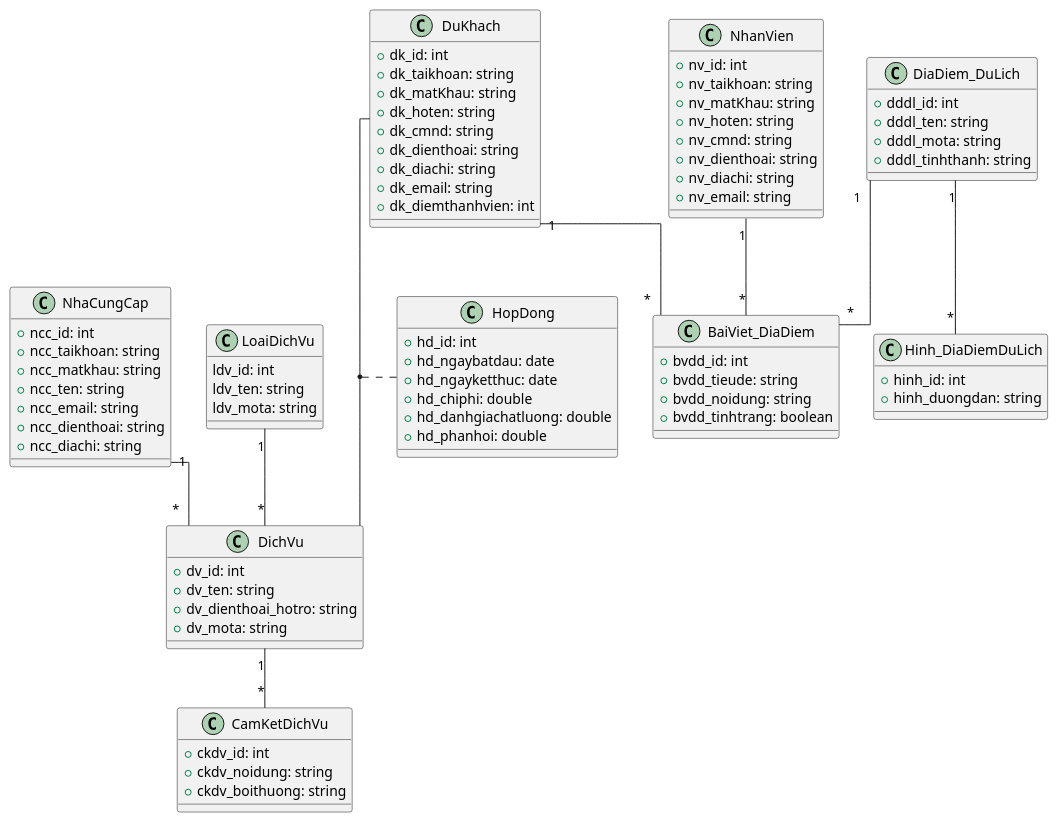
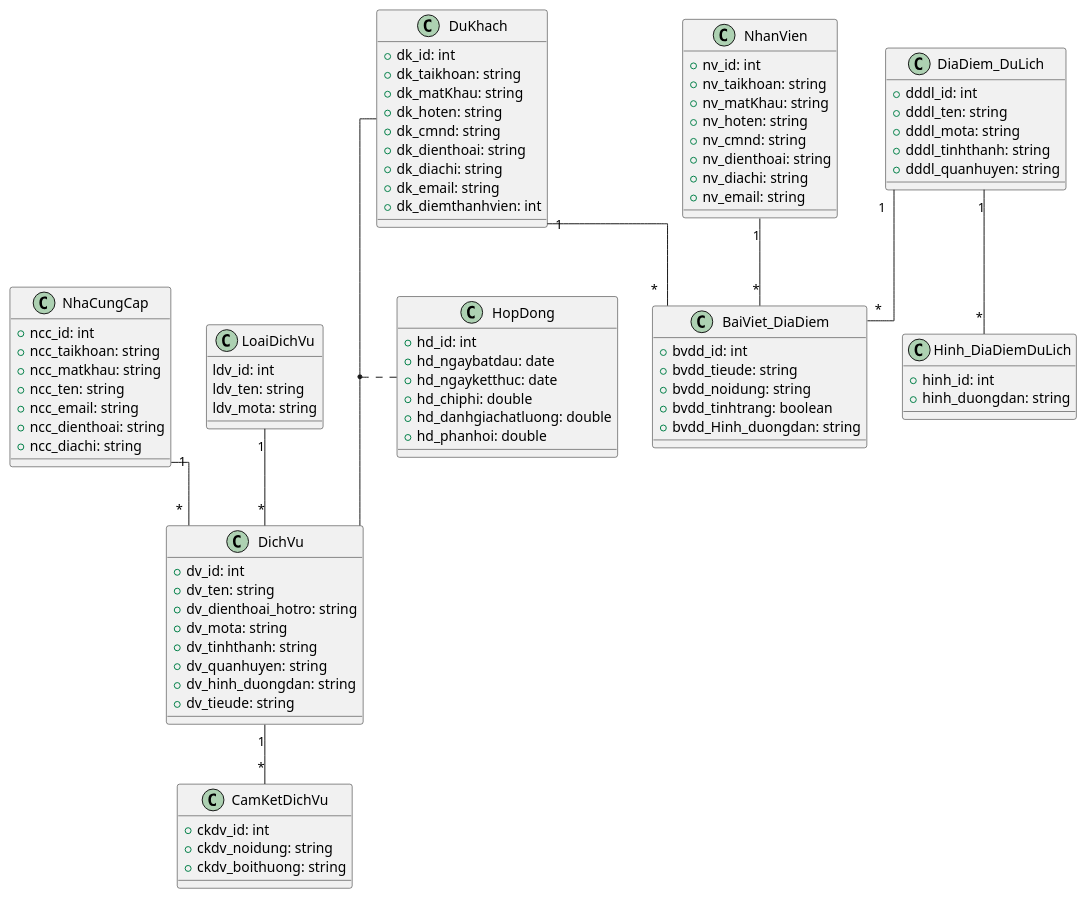
Before and after one commit to TranTan-Dat/LV_DuLichDienTu: the diagram in PlanUML/Class (1).puml, drawn with PlantUML. The commit also changed 64 other files, not shown here.

```diff
--- a/PlanUML/Class (1).puml
+++ b/PlanUML/Class (1).puml
@@ -1,104 +1,110 @@
 @startuml SoDoclass
  skinparam linetype ortho
 ' Dịch vụ du lịch ở đây bao gồm các khu vui chơi,
 ' ăn ngủ nghỉ, dịch vụ đi lại, các dịch vụ sẽ có loại DV
 'Dịch vụ sẽ gồm có:
 '1. Phương tiện để đi lại (gồm có phương tiện đi đến nơi du lịch và phương tiện đi lại ở điểm du lịch)
 '2. Tham quan 
 '3.ăn uống
 '4. chỗ ngủ
 
 
 
 class NhaCungCap{
   + ncc_id: int
   + ncc_taikhoan: string
   + ncc_matkhau: string
   + ncc_ten: string
   + ncc_email: string
   + ncc_dienthoai: string
   + ncc_diachi: string
 }
 
 class DiaDiem_DuLich{
   + dddl_id: int
   + dddl_ten: string
   + dddl_mota: string
   + dddl_tinhthanh: string
+  + dddl_quanhuyen: string
 }
 
 
 class BaiViet_DiaDiem{
   + bvdd_id: int
   + bvdd_tieude: string
   + bvdd_noidung: string
   + bvdd_tinhtrang: boolean
+  + bvdd_Hinh_duongdan: string
 }
 
 class DuKhach{
   + dk_id: int
   + dk_taikhoan: string
   + dk_matKhau: string
   + dk_hoten: string
   + dk_cmnd: string
   + dk_dienthoai: string
   + dk_diachi: string
   + dk_email: string 
   + dk_diemthanhvien: int
 }
 
 class LoaiDichVu{
   ldv_id: int
   ldv_ten: string
   ldv_mota: string
 }
 
 class DichVu{
   + dv_id: int
   + dv_ten: string
   + dv_dienthoai_hotro: string
   + dv_mota: string
+  + dv_tinhthanh: string
+  + dv_quanhuyen: string
+  + dv_hinh_duongdan: string
+  + dv_tieude: string
 }
 
 class CamKetDichVu{
   + ckdv_id: int
   + ckdv_noidung: string
   + ckdv_boithuong: string
 }
 
 class HopDong{
   + hd_id: int
   + hd_ngaybatdau: date
   + hd_ngayketthuc: date
   + hd_chiphi: double
   + hd_danhgiachatluong: double
   + hd_phanhoi: double
 }
 
 class NhanVien{
   + nv_id: int
   + nv_taikhoan: string
   + nv_matKhau: string
   + nv_hoten: string
   + nv_cmnd: string
   + nv_dienthoai: string
   + nv_diachi: string
   + nv_email: string 
 }
 
 class Hinh_DiaDiemDuLich{
   + hinh_id: int
   + hinh_duongdan: string
 }
 
 NhaCungCap "1" -- "*" DichVu
 LoaiDichVu "1" -- "*" DichVu
 DuKhach "1" -- "*" BaiViet_DiaDiem
 DiaDiem_DuLich "1" -- "*" BaiViet_DiaDiem
 NhanVien "1" -- "*" BaiViet_DiaDiem
 (DuKhach, DichVu) .. HopDong
 DiaDiem_DuLich "1" -- "*" Hinh_DiaDiemDuLich
 DichVu "1" -- "*" CamKetDichVu
 
 
 @enduml
```
